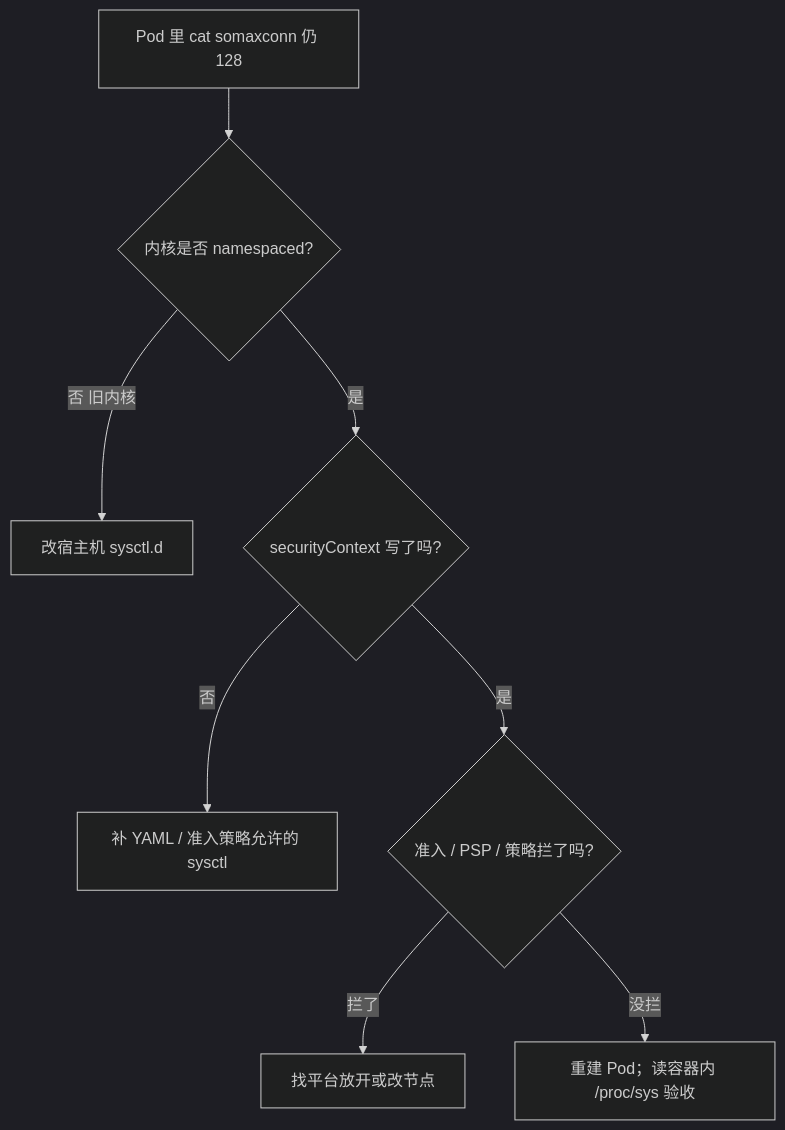
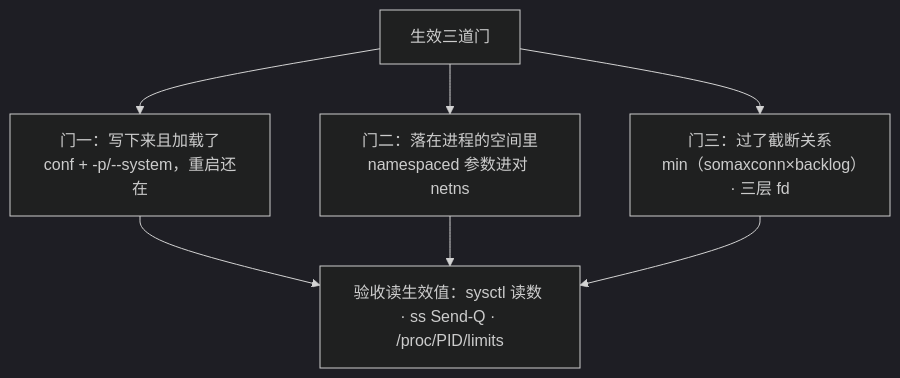
Before and after one commit to ml-cuizijun/LearnToLilith: the third of 5 diagrams in 01-基础底座/24-内核参数与sysctl/知识点.md, drawn with Mermaid (dark theme). The commit also changed other lines of this file and 470 other files, not shown here.

````diff
--- a/01-基础底座/24-内核参数与sysctl/知识点.md
+++ b/01-基础底座/24-内核参数与sysctl/知识点.md
@@ -408,10 +200,9 @@
 ```mermaid
 flowchart TB
-    A["Pod 里 cat somaxconn 仍 128"] --> B{"内核是否 namespaced?"}
-    B -->|否 旧内核| C["改宿主机 sysctl.d"]
-    B -->|是| D{"securityContext 写了吗?"}
-    D -->|否| E["补 YAML / 准入策略允许的 sysctl"]
-    D -->|是| F{"准入 / PSP / 策略拦了吗?"}
-    F -->|拦了| G["找平台放开或改节点"]
-    F -->|没拦| H["重建 Pod；读容器内 /proc/sys 验收"]
+    A["生效三道门"] --> B["门一：写下来且加载了<br/>conf + -p/--system，重启还在"]
+    A --> C["门二：落在进程的空间里<br/>namespaced 参数进对 netns"]
+    A --> D["门三：过了截断关系<br/>min（somaxconn×backlog）· 三层 fd"]
+    B --> E["验收读生效值：sysctl 读数 · ss Send-Q · /proc/PID/limits"]
+    C --> E
+    D --> E
 ```
````
